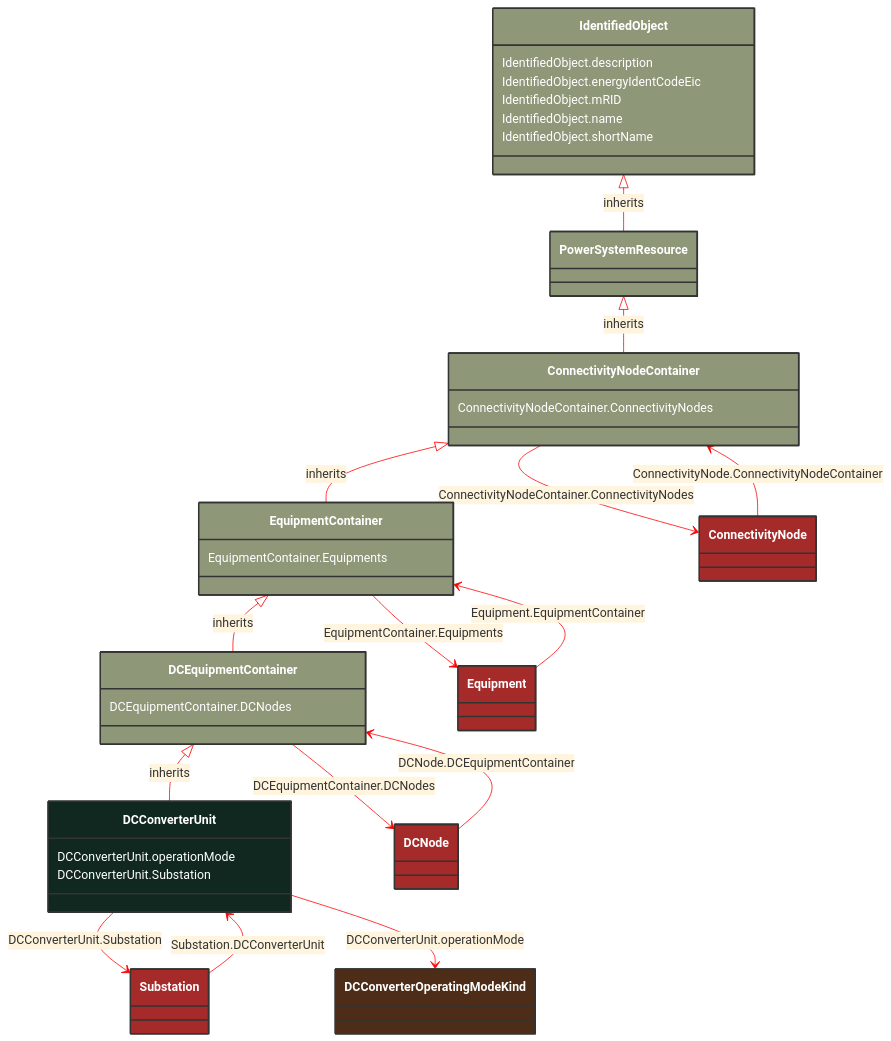
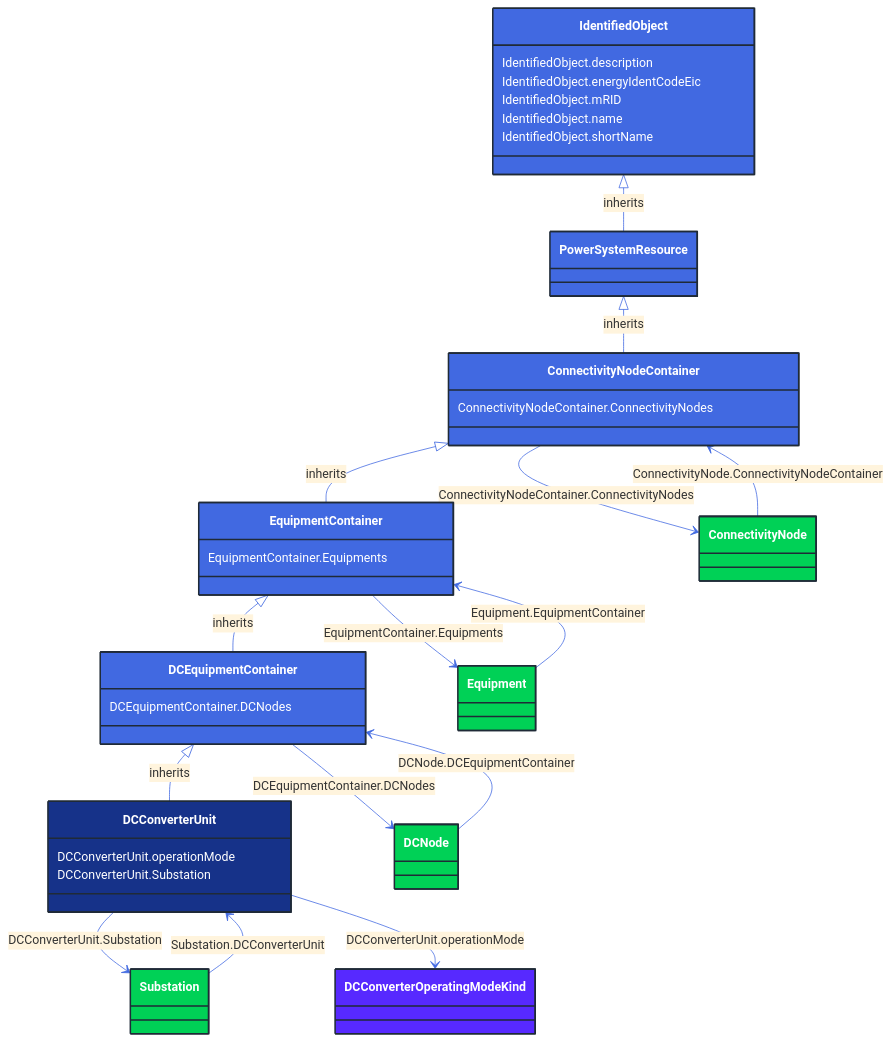
One commit to 3lbits/NoCIMExtensions changed the diagram in docs/Models/Profiles/CoreEquipment/ConcreteClasses/DCConverterUnit.md. Above: the diagram before and after it, drawn with Mermaid. The commit also changed 362 other files, not shown here.

First line of the commit message:
Update diagrams and styles for improved visual consistency

````diff
--- a/docs/Models/Profiles/CoreEquipment/ConcreteClasses/DCConverterUnit.md
+++ b/docs/Models/Profiles/CoreEquipment/ConcreteClasses/DCConverterUnit.md
@@ -8,80 +8,80 @@
 ```mermaid
-%%{init: {'theme':'base','themeVariables': {'lineColor': '#FF0000'}}}%%
+%%{init: {'theme':'base','themeVariables': {'lineColor': '#4169E1'}}}%%
 classDiagram
     class DCConverterUnit
     click DCConverterUnit href "/Models/Profiles/CoreEquipment/ConcreteClasses/DCConverterUnit/"
-    style DCConverterUnit fill:#102820,stroke:#333,stroke-width:2px,rx:10,ry:10,color:white
+    style DCConverterUnit fill:#163289,stroke:#1F2A37,stroke-width:2px,rx:10,ry:10,color:white
      
         DCEquipmentContainer <|-- DCConverterUnit : inherits
             click DCEquipmentContainer href "/Models/Profiles/CoreEquipment/AbstractClasses/DCEquipmentContainer/"
-            style DCEquipmentContainer fill:#8F9779,stroke:#333,stroke-width:2px,rx:10,ry:10,color:white
+            style DCEquipmentContainer fill:#4169E1,stroke:#1F2A37,stroke-width:2px,rx:10,ry:10,color:white
      
         EquipmentContainer <|-- DCEquipmentContainer : inherits
             click EquipmentContainer href "/Models/Profiles/CoreEquipment/AbstractClasses/EquipmentContainer/"
-            style EquipmentContainer fill:#8F9779,stroke:#333,stroke-width:2px,rx:10,ry:10,color:white
+            style EquipmentContainer fill:#4169E1,stroke:#1F2A37,stroke-width:2px,rx:10,ry:10,color:white
      
         ConnectivityNodeContainer <|-- EquipmentContainer : inherits
             click ConnectivityNodeContainer href "/Models/Profiles/CoreEquipment/AbstractClasses/ConnectivityNodeContainer/"
-            style ConnectivityNodeContainer fill:#8F9779,stroke:#333,stroke-width:2px,rx:10,ry:10,color:white
+            style ConnectivityNodeContainer fill:#4169E1,stroke:#1F2A37,stroke-width:2px,rx:10,ry:10,color:white
      
         PowerSystemResource <|-- ConnectivityNodeContainer : inherits
             click PowerSystemResource href "/Models/Profiles/CoreEquipment/AbstractClasses/PowerSystemResource/"
-            style PowerSystemResource fill:#8F9779,stroke:#333,stroke-width:2px,rx:10,ry:10,color:white
+            style PowerSystemResource fill:#4169E1,stroke:#1F2A37,stroke-width:2px,rx:10,ry:10,color:white
      
         IdentifiedObject <|-- PowerSystemResource : inherits
             click IdentifiedObject href "/Models/Profiles/CoreEquipment/AbstractClasses/IdentifiedObject/"
-            style IdentifiedObject fill:#8F9779,stroke:#333,stroke-width:2px,rx:10,ry:10,color:white
+            style IdentifiedObject fill:#4169E1,stroke:#1F2A37,stroke-width:2px,rx:10,ry:10,color:white
 
         DCConverterUnit --> Substation : DCConverterUnit.Substation
 
         Substation
             click Substation href "/Models/Profiles/CoreEquipment/ConcreteClasses/Substation/"
-            style Substation fill:#A52A2A,stroke:#333,stroke-width:2px,rx:10,ry:10,color:white
+            style Substation fill:#00D156,stroke:#1F2A37,stroke-width:2px,rx:10,ry:10,color:white
         DCEquipmentContainer --> DCNode : DCEquipmentContainer.DCNodes
 
         DCNode
             click DCNode href "/Models/Profiles/CoreEquipment/ConcreteClasses/DCNode/"
-            style DCNode fill:#A52A2A,stroke:#333,stroke-width:2px,rx:10,ry:10,color:white
+            style DCNode fill:#00D156,stroke:#1F2A37,stroke-width:2px,rx:10,ry:10,color:white
         EquipmentContainer --> Equipment : EquipmentContainer.Equipments
 
         Equipment
             click Equipment href "/Models/Profiles/CoreEquipment/AbstractClasses/Equipment/"
-            style Equipment fill:#A52A2A,stroke:#333,stroke-width:2px,rx:10,ry:10,color:white
+            style Equipment fill:#00D156,stroke:#1F2A37,stroke-width:2px,rx:10,ry:10,color:white
         ConnectivityNodeContainer --> ConnectivityNode : ConnectivityNodeContainer.ConnectivityNodes
 
         ConnectivityNode
             click ConnectivityNode href "/Models/Profiles/CoreEquipment/AbstractClasses/ConnectivityNode/"
-            style ConnectivityNode fill:#A52A2A,stroke:#333,stroke-width:2px,rx:10,ry:10,color:white
+            style ConnectivityNode fill:#00D156,stroke:#1F2A37,stroke-width:2px,rx:10,ry:10,color:white
 
         ConnectivityNode --> ConnectivityNodeContainer : ConnectivityNode.ConnectivityNodeContainer
 
         ConnectivityNode
             click ConnectivityNode href "/Models/Profiles/CoreEquipment/AbstractClasses/ConnectivityNode/"
-            style ConnectivityNode fill:#A52A2A,stroke:#333,stroke-width:2px,rx:10,ry:10,color:white
+            style ConnectivityNode fill:#00D156,stroke:#1F2A37,stroke-width:2px,rx:10,ry:10,color:white
 
         DCNode --> DCEquipmentContainer : DCNode.DCEquipmentContainer
 
         DCNode
             click DCNode href "/Models/Profiles/CoreEquipment/ConcreteClasses/DCNode/"
-            style DCNode fill:#A52A2A,stroke:#333,stroke-width:2px,rx:10,ry:10,color:white
+            style DCNode fill:#00D156,stroke:#1F2A37,stroke-width:2px,rx:10,ry:10,color:white
 
         Equipment --> EquipmentContainer : Equipment.EquipmentContainer
 
         Equipment
             click Equipment href "/Models/Profiles/CoreEquipment/AbstractClasses/Equipment/"
-            style Equipment fill:#A52A2A,stroke:#333,stroke-width:2px,rx:10,ry:10,color:white
+            style Equipment fill:#00D156,stroke:#1F2A37,stroke-width:2px,rx:10,ry:10,color:white
 
         Substation --> DCConverterUnit : Substation.DCConverterUnit
 
         Substation
             click Substation href "/Models/Profiles/CoreEquipment/ConcreteClasses/Substation/"
-            style Substation fill:#A52A2A,stroke:#333,stroke-width:2px,rx:10,ry:10,color:white
+            style Substation fill:#00D156,stroke:#1F2A37,stroke-width:2px,rx:10,ry:10,color:white
 
         DCConverterUnit --> DCConverterOperatingModeKind : DCConverterUnit.operationMode
 
         DCConverterOperatingModeKind
             click DCConverterOperatingModeKind href "/Models/Profiles/CoreEquipment/Enumerations/DCConverterOperatingModeKind/"
-            style DCConverterOperatingModeKind fill:#4D2D18,stroke:#333,stroke-width:2px,rx:10,ry:10,color:white
+            style DCConverterOperatingModeKind fill:#5729FF,stroke:#1F2A37,stroke-width:2px,rx:10,ry:10,color:white
 
         DCConverterUnit : DCConverterUnit.operationMode
         DCConverterUnit : DCConverterUnit.Substation
````
